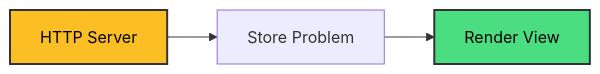
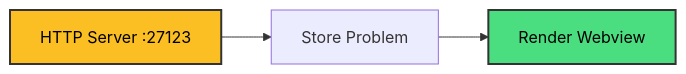
One commit to KartevSumit/AlgoBridge changed the third of 3 diagrams in README.md. Above: the diagram before and after it, drawn with Mermaid. The commit also changed other lines of this file and 13 other files, not shown here.

````diff
--- a/README.md
+++ b/README.md
@@ -60,8 +54,9 @@
 ```mermaid
 graph LR
-    A[HTTP Server] --> B[Store Problem]
-    B --> C[Render View]
-    
+    A[HTTP Server :27123] --> B[Store Problem]
+    B --> C[Render Webview]
+
     style A fill:#fbbf24,stroke:#333,stroke-width:2px,color:#000
     style C fill:#4ade80,stroke:#333,stroke-width:2px,color:#000
+
 ```
````
